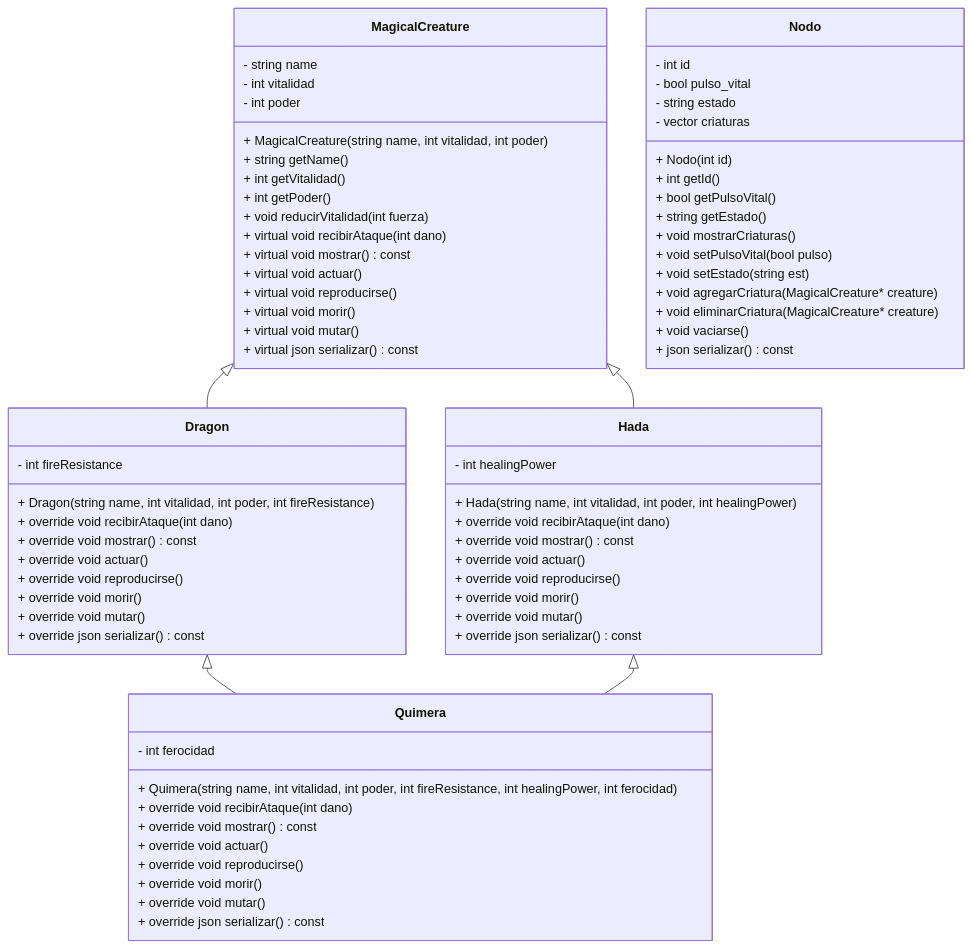
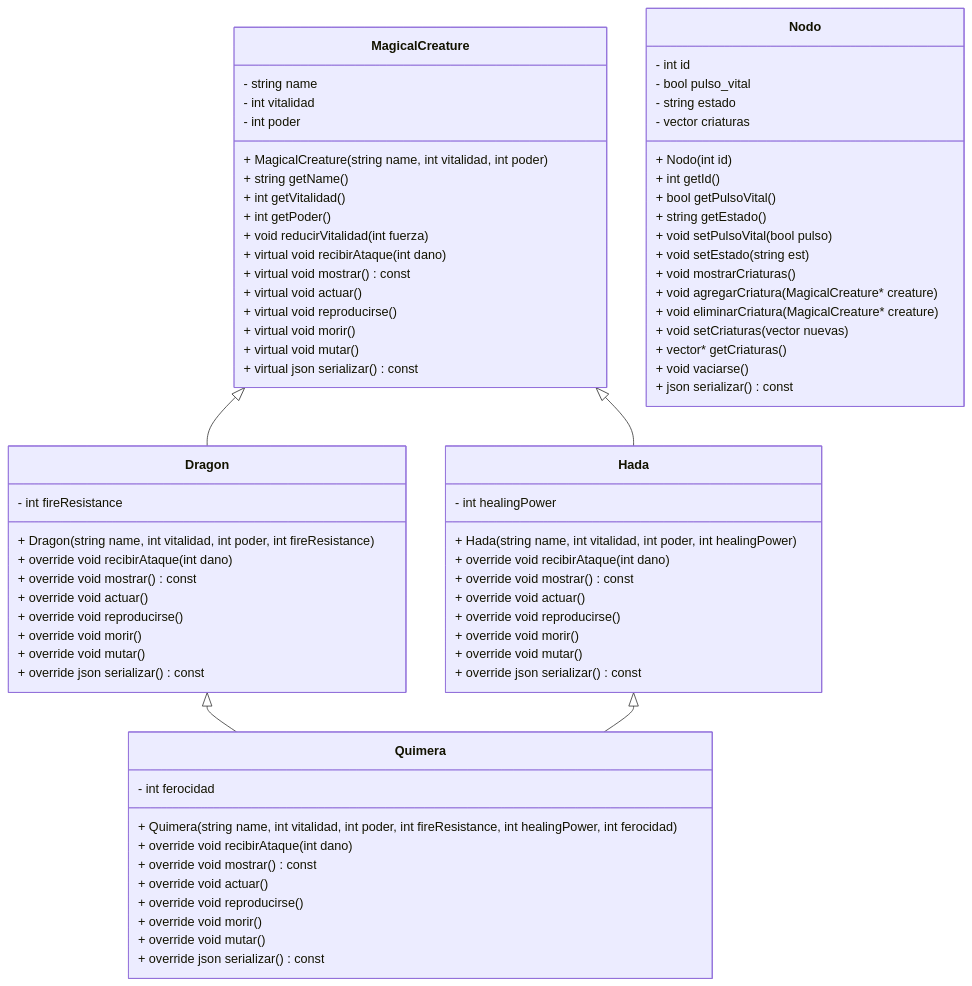
Before and after one commit to iarangou/MundoSangara: the diagram in uml.md, drawn with Mermaid.

```diff
--- a/uml.md
+++ b/uml.md
@@ -60,18 +60,22 @@
     - bool pulso_vital
     - string estado
     - vector<MagicalCreature*> criaturas
+
     + Nodo(int id)
     + int getId()
     + bool getPulsoVital()
     + string getEstado()
-    + void mostrarCriaturas()
     + void setPulsoVital(bool pulso)
     + void setEstado(string est)
+    + void mostrarCriaturas()
     + void agregarCriatura(MagicalCreature* creature)
     + void eliminarCriatura(MagicalCreature* creature)
+    + void setCriaturas(vector<MagicalCreature*> nuevas)
+    + vector<MagicalCreature*>* getCriaturas()
     + void vaciarse()
     + json serializar() const
 }
+
 
 MagicalCreature <|-- Dragon
 MagicalCreature <|-- Hada
```
